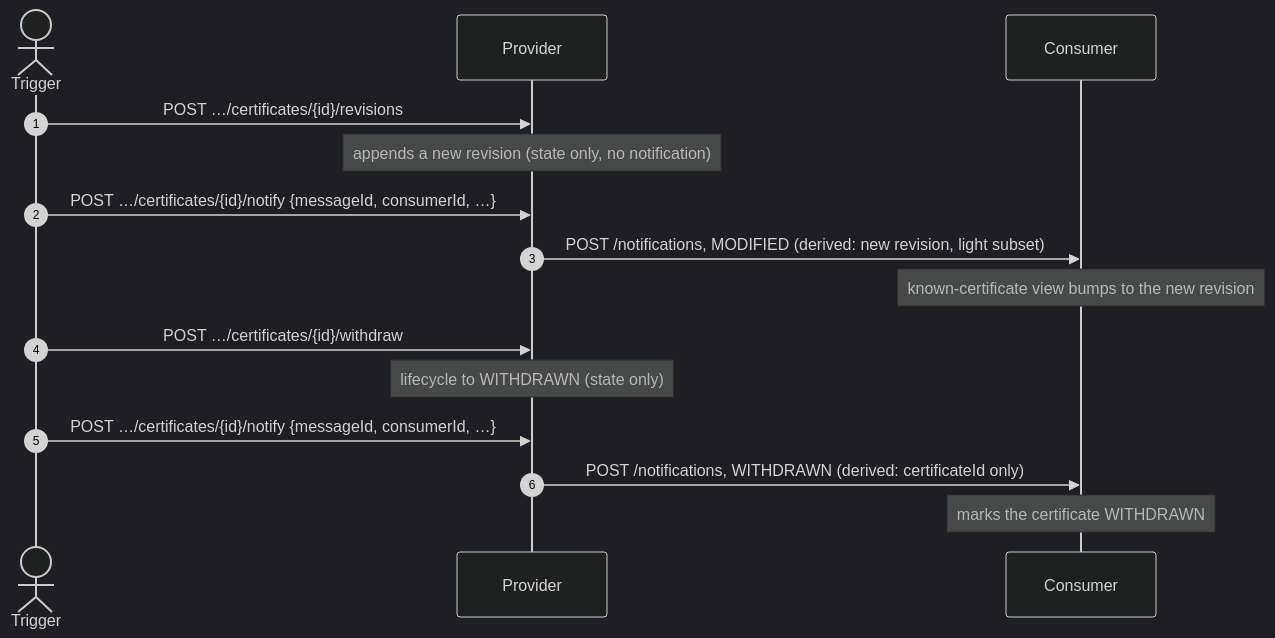
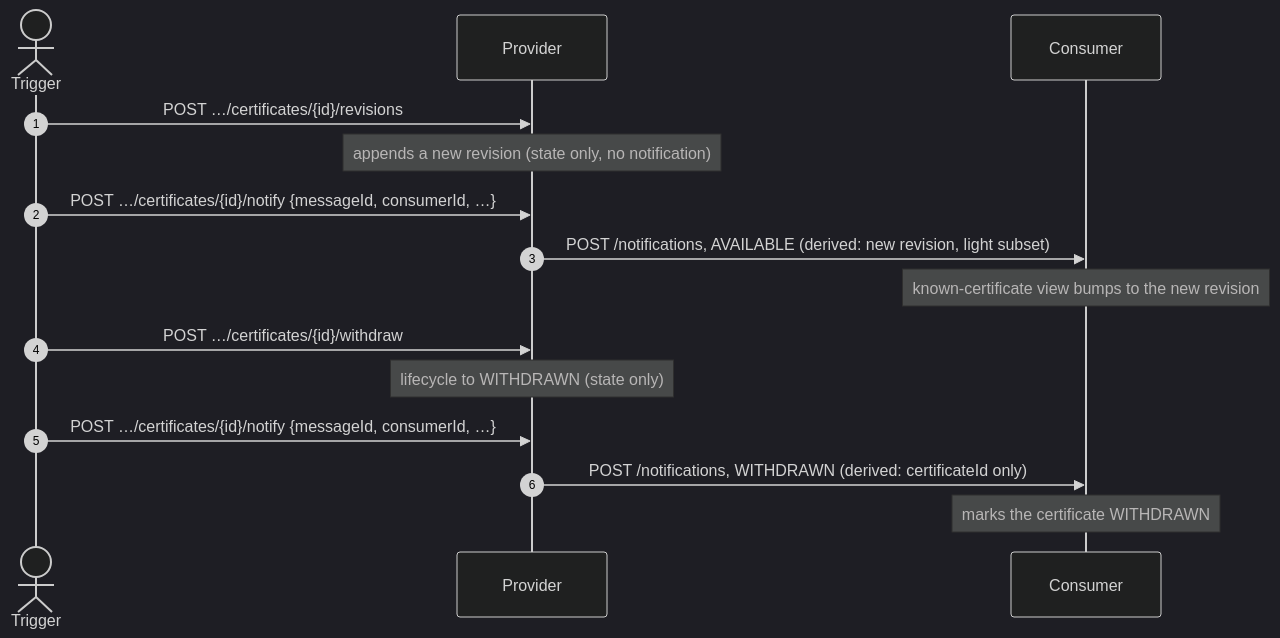
Before and after one commit to Metaform/certo: the fourth of 5 diagrams in docs/FLOWS.md, drawn with Mermaid (dark theme). The commit also changed other lines of this file and 30 other files, not shown here.

````diff
--- a/docs/FLOWS.md
+++ b/docs/FLOWS.md
@@ -187,17 +188,17 @@
 ```mermaid
 sequenceDiagram
     autonumber
     actor T as Trigger
     participant P as Provider
     participant C as Consumer
     T->>P: POST …/certificates/{id}/revisions
     Note over P: appends a new revision (state only, no notification)
     T->>P: POST …/certificates/{id}/notify {messageId, consumerId, …}
-    P->>C: POST /notifications, MODIFIED (derived: new revision, light subset)
+    P->>C: POST /notifications, AVAILABLE (derived: new revision, light subset)
     Note over C: known-certificate view bumps to the new revision
     T->>P: POST …/certificates/{id}/withdraw
     Note over P: lifecycle to WITHDRAWN (state only)
     T->>P: POST …/certificates/{id}/notify {messageId, consumerId, …}
     P->>C: POST /notifications, WITHDRAWN (derived: certificateId only)
     Note over C: marks the certificate WITHDRAWN
 ```
````
